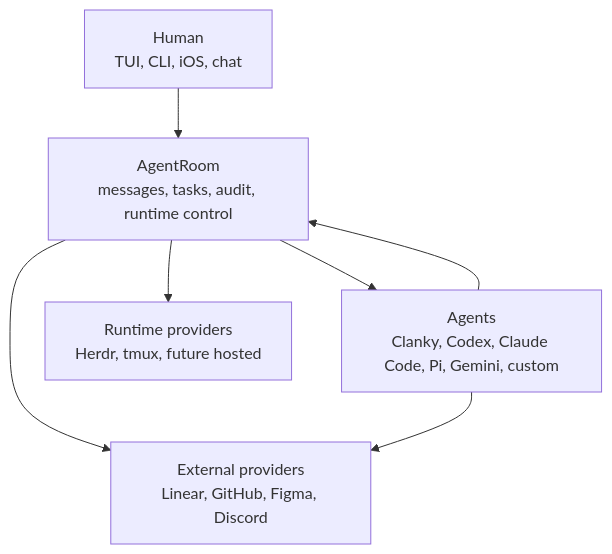
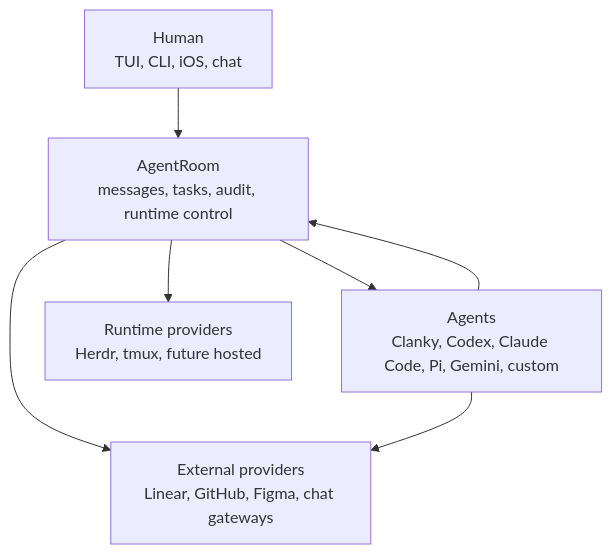
Before and after one commit to Volpestyle/agent-room: the diagram in README.md, drawn with Mermaid. The commit also changed other lines of this file and 15 other files, not shown here.

````diff
--- a/README.md
+++ b/README.md
@@ -62,15 +64,15 @@
 ```mermaid
 flowchart TB
   human["Human<br/>TUI, CLI, iOS, chat"]
   room["AgentRoom<br/>messages, tasks, audit, runtime control"]
   agents["Agents<br/>Clanky, Codex, Claude Code, Pi, Gemini, custom"]
   runtimes["Runtime providers<br/>Herdr, tmux, future hosted"]
-  providers["External providers<br/>Linear, GitHub, Figma, Discord"]
+  providers["External providers<br/>Linear, GitHub, Figma, chat gateways"]
 
   human --> room
   room --> agents
   agents --> room
   room --> runtimes
   room --> providers
   agents --> providers
 ```
````
